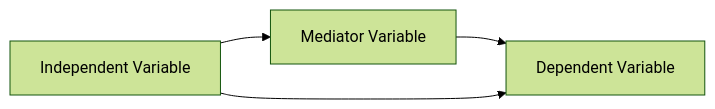
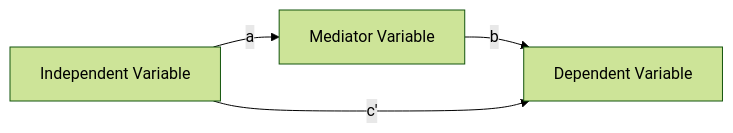
Before and after one commit to petrayang2002/InterStatHub: the diagram in Mediation.md, drawn with Mermaid (forest theme).

````diff
--- a/Mediation.md
+++ b/Mediation.md
@@ -3,6 +3,6 @@
 ```mermaid
 flowchart LR
-    IV["Independent Variable"]-->MV["Mediator Variable"];
-    MV["Mediator Variable"]-->DV["Dependent Variable"];
-    IV["Independent Variable"]-->DV["Dependent Variable"];
+    IV["Independent Variable"]--a-->MV["Mediator Variable"];
+    MV["Mediator Variable"]--b-->DV["Dependent Variable"];
+    IV["Independent Variable"]--c'-->DV["Dependent Variable"];
 ```
````
